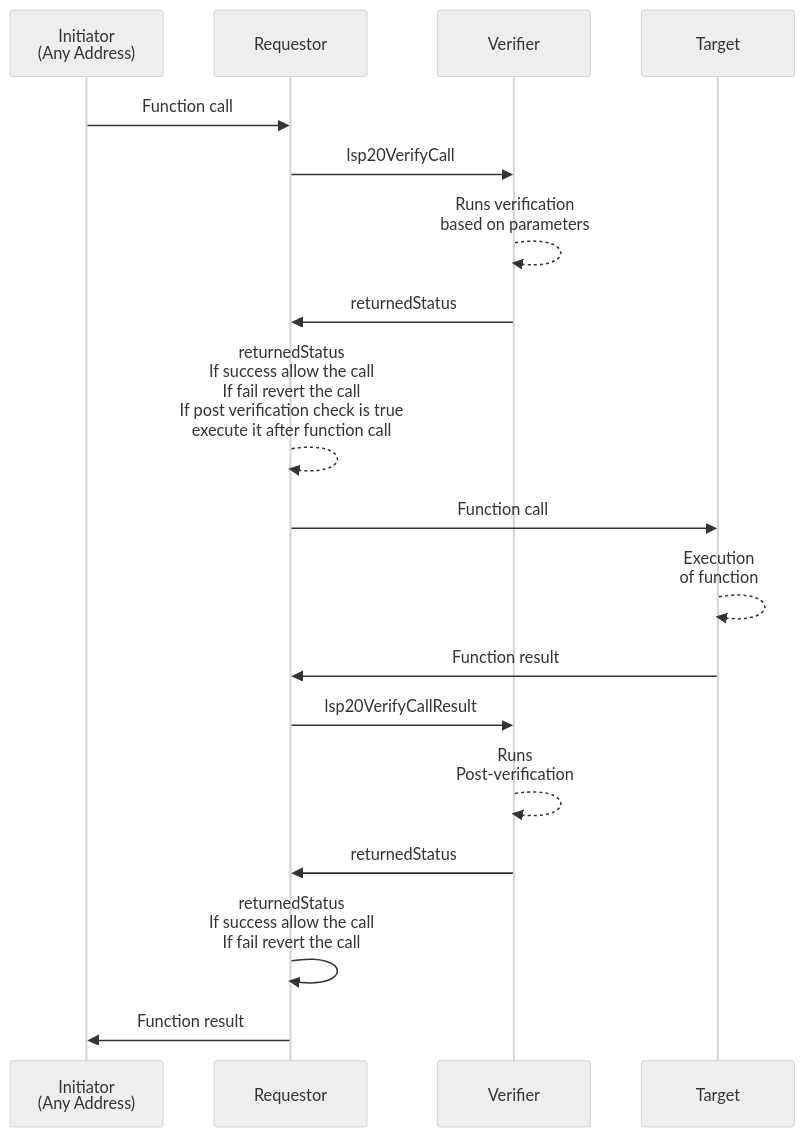
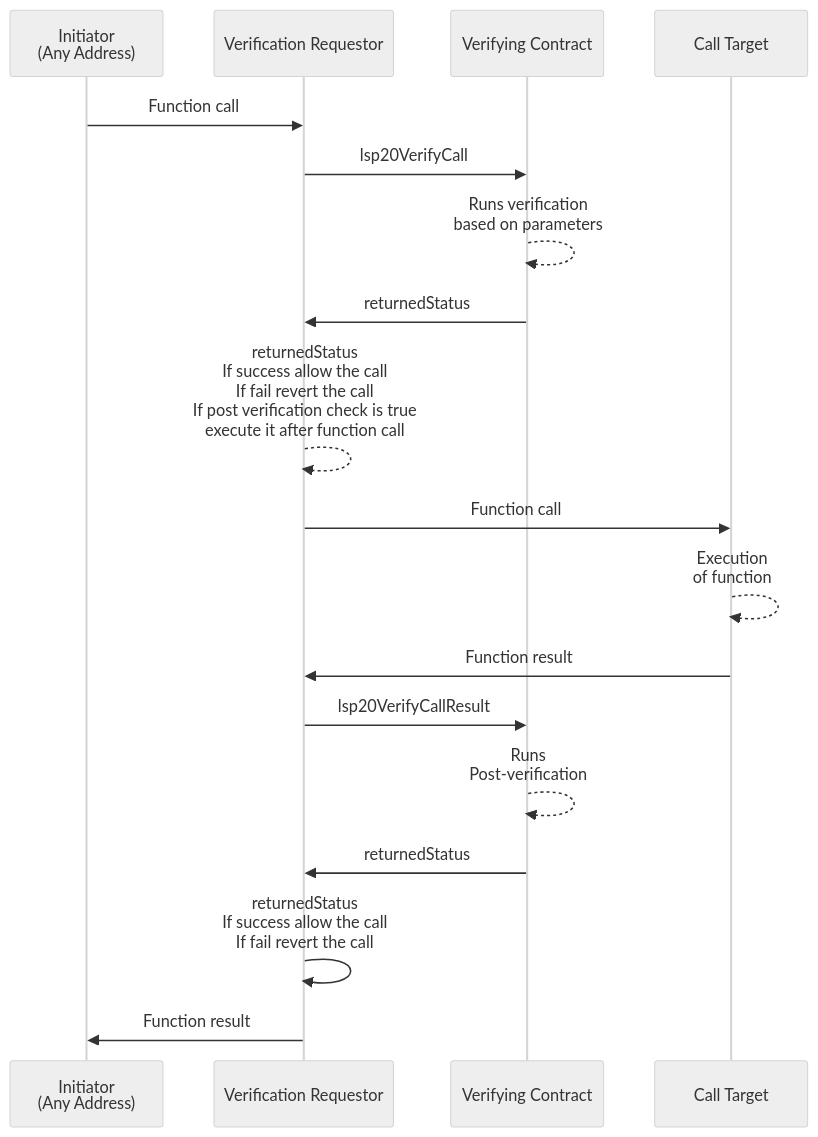
Before and after one commit to lukso-network/LIPs: the diagram in LSPs/LSP-20-CallVerification.md, drawn with Mermaid (neutral theme). The commit also changed other lines of this file, not shown here.

Commit message:
change wording

````diff
--- a/LSPs/LSP-20-CallVerification.md
+++ b/LSPs/LSP-20-CallVerification.md
@@ -36,21 +36,21 @@
 ```mermaid
 sequenceDiagram
     participant I as Initiator<br/>(Any Address)
-    participant R as Requestor
-    participant V as Verifier
-    participant T as Target
+    participant R as Verification Requestor
+    participant V as Verifying Contract
+    participant T as Call Target
 
     I->>R: Function call
     R->>V: lsp20VerifyCall
     V-->>V: Runs verification <br>based on parameters
     V->>R: returnedStatus
     R-->>R: returnedStatus <br> If success allow the call <br> If fail revert the call <br> If post verification check is true <br> execute it after function call
         R->>T: Function call
         T-->>T: Execution <br>of function
         T->>R: Function result
         R->>V: lsp20VerifyCallResult
         V-->>V: Runs <br>Post-verification
         V->>R: returnedStatus
         R->>R: returnedStatus <br> If success allow the call <br> If fail revert the call
     R->>I: Function result
 ```
````
